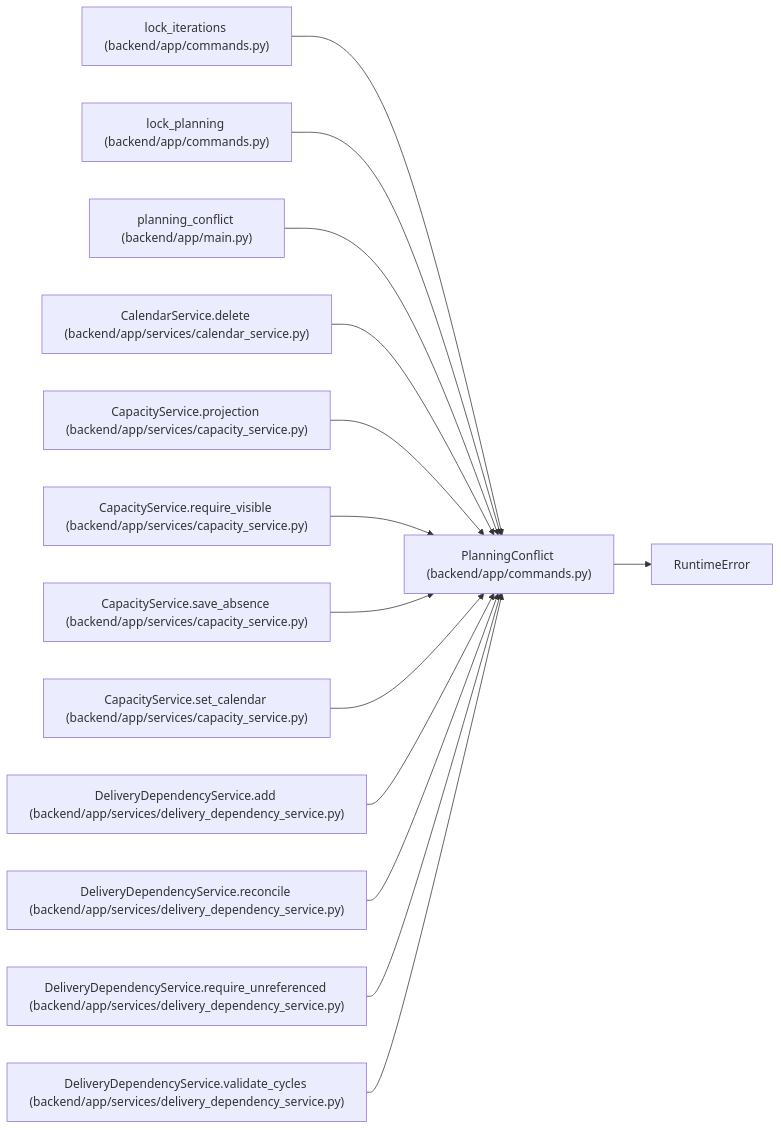
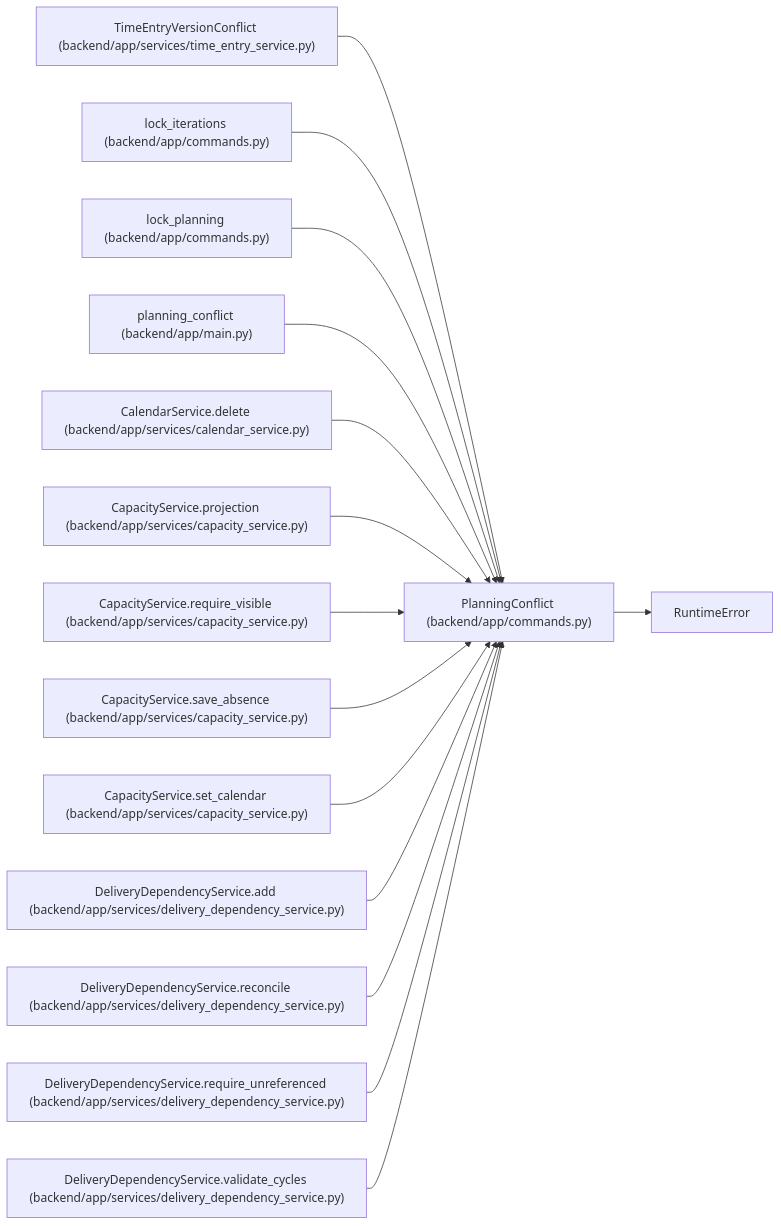
The diagram in docs/llm_wiki/entities/PlanningConflict.md (Denissvgn/WorkChord), drawn with Mermaid before and after one commit. The commit also changed other lines of this file and 2344 other files, not shown here.

````diff
--- a/docs/llm_wiki/entities/PlanningConflict.md
+++ b/docs/llm_wiki/entities/PlanningConflict.md
@@ -26,43 +26,46 @@
 ```mermaid
 flowchart LR
     n0["PlanningConflict (backend/app/commands.py)"]
     n1["RuntimeError"]
-    n2["lock_iterations (backend/app/commands.py)"]
-    n3["lock_planning (backend/app/commands.py)"]
-    n4["planning_conflict (backend/app/main.py)"]
-    n5["CalendarService.delete (backend/app/services/calendar_service.py)"]
-    n6["CapacityService.projection (backend/app/services/capacity_service.py)"]
-    n7["CapacityService.require_visible (backend/app/services/capacity_service.py)"]
-    n8["CapacityService.save_absence (backend/app/services/capacity_service.py)"]
-    n9["CapacityService.set_calendar (backend/app/services/capacity_service.py)"]
-    n10["DeliveryDependencyService.add (backend/app/services/delivery_dependency_service.py)"]
-    n11["DeliveryDependencyService.reconcile (backend/app/services/delivery_dependency_service.py)"]
-    n12["DeliveryDependencyService.require_unreferenced (backend/app/services/delivery_dependency_service.py)"]
-    n13["DeliveryDependencyService.validate_cycles (backend/app/services/delivery_dependency_service.py)"]
+    n2["TimeEntryVersionConflict (backend/app/services/time_entry_service.py)"]
+    n3["lock_iterations (backend/app/commands.py)"]
+    n4["lock_planning (backend/app/commands.py)"]
+    n5["planning_conflict (backend/app/main.py)"]
+    n6["CalendarService.delete (backend/app/services/calendar_service.py)"]
+    n7["CapacityService.projection (backend/app/services/capacity_service.py)"]
+    n8["CapacityService.require_visible (backend/app/services/capacity_service.py)"]
+    n9["CapacityService.save_absence (backend/app/services/capacity_service.py)"]
+    n10["CapacityService.set_calendar (backend/app/services/capacity_service.py)"]
+    n11["DeliveryDependencyService.add (backend/app/services/delivery_dependency_service.py)"]
+    n12["DeliveryDependencyService.reconcile (backend/app/services/delivery_dependency_service.py)"]
+    n13["DeliveryDependencyService.require_unreferenced (backend/app/services/delivery_dependency_service.py)"]
+    n14["DeliveryDependencyService.validate_cycles (backend/app/services/delivery_dependency_service.py)"]
     n0 --> n1
     n2 --> n0
     n3 --> n0
     n4 --> n0
     n5 --> n0
     n6 --> n0
     n7 --> n0
     n8 --> n0
     n9 --> n0
     n10 --> n0
     n11 --> n0
     n12 --> n0
     n13 --> n0
+    n14 --> n0
     click n0 "../modules/commands.md"
-    click n2 "../modules/commands.md"
+    click n2 "../modules/time_entry_service.md"
     click n3 "../modules/commands.md"
-    click n4 "../modules/app_main.md"
-    click n5 "../modules/calendar_service.md"
-    click n6 "../modules/capacity_service.md"
+    click n4 "../modules/commands.md"
+    click n5 "../modules/app_main.md"
+    click n6 "../modules/calendar_service.md"
     click n7 "../modules/capacity_service.md"
     click n8 "../modules/capacity_service.md"
     click n9 "../modules/capacity_service.md"
-    click n10 "../modules/delivery_dependency_service.md"
+    click n10 "../modules/capacity_service.md"
     click n11 "../modules/delivery_dependency_service.md"
     click n12 "../modules/delivery_dependency_service.md"
     click n13 "../modules/delivery_dependency_service.md"
+    click n14 "../modules/delivery_dependency_service.md"
 ```
````
